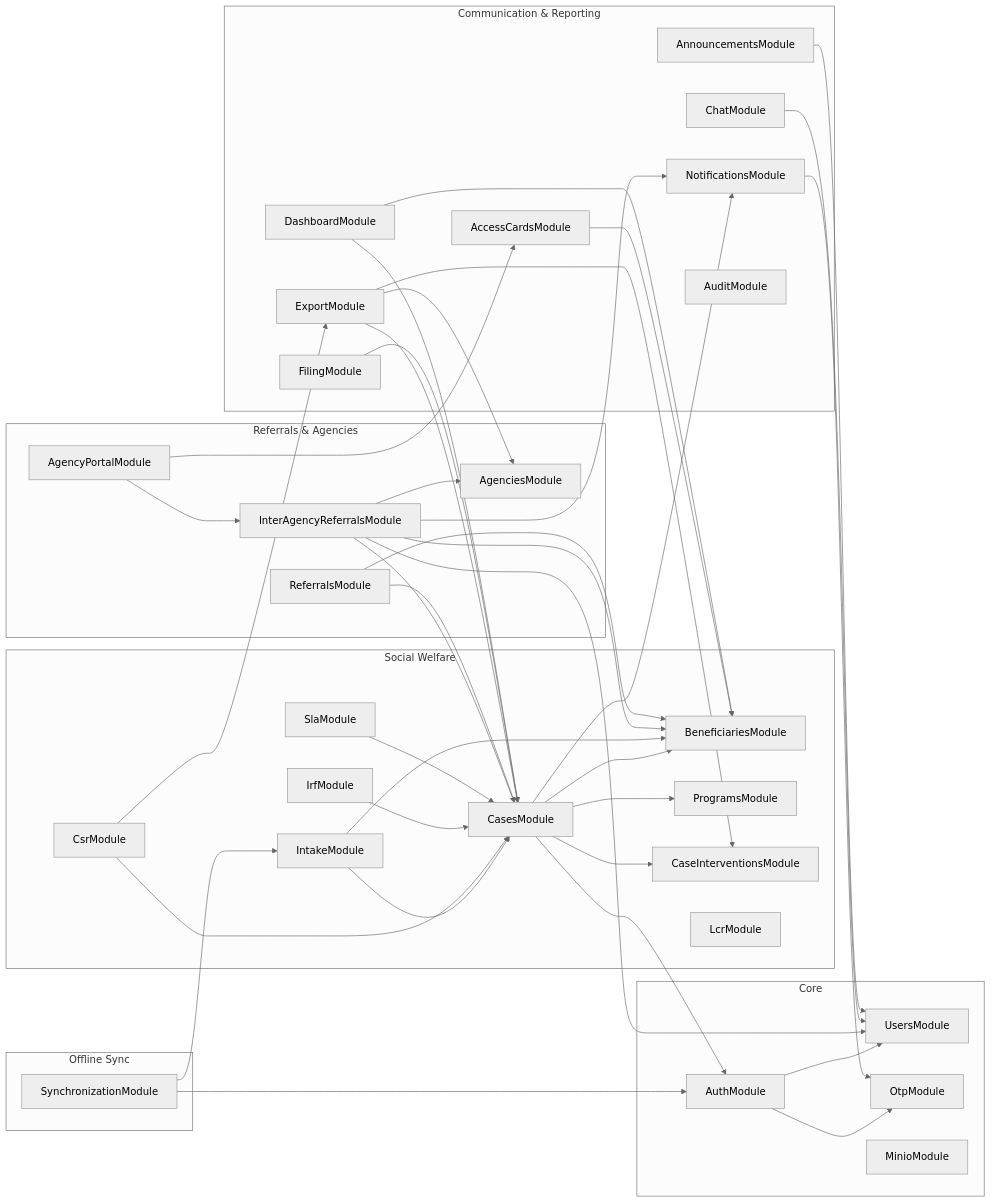
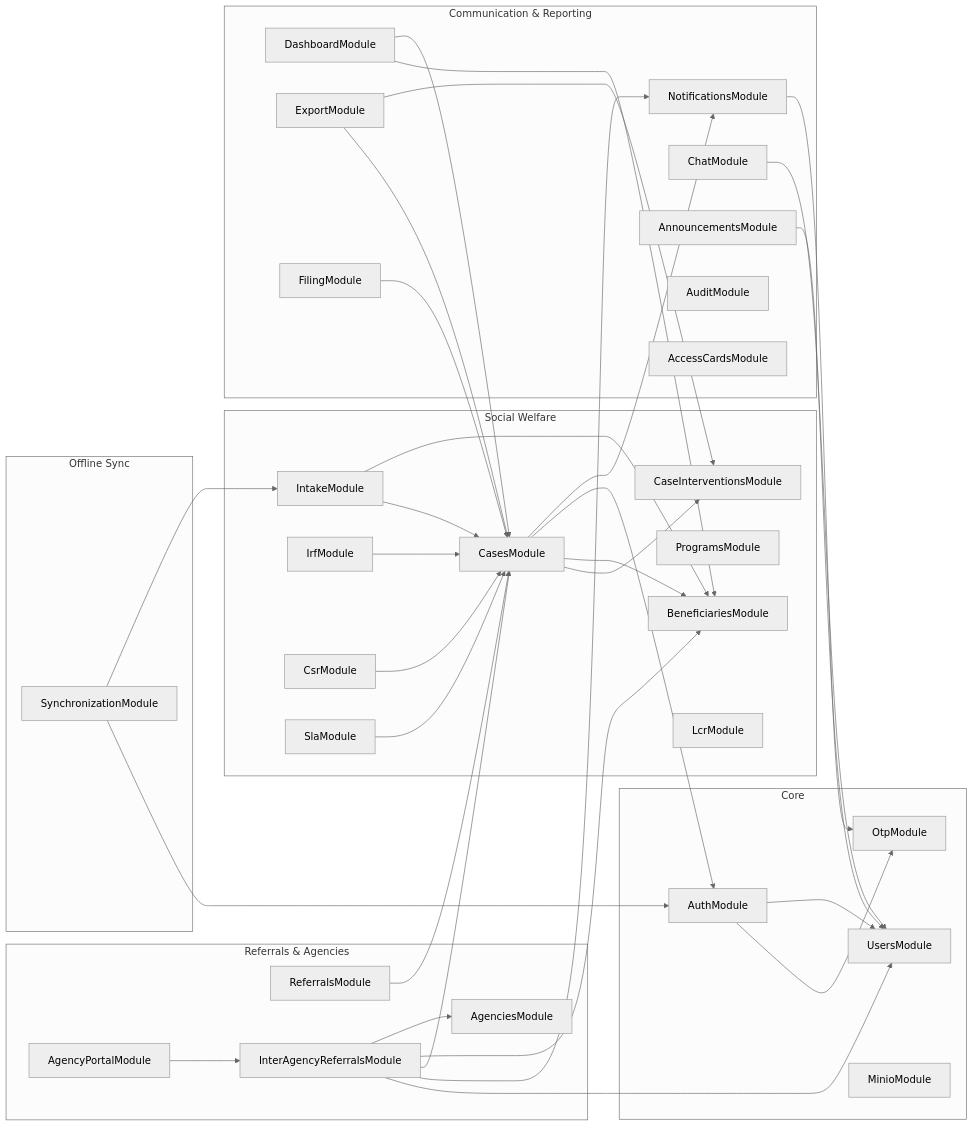
One commit to urlsalimbot/THESIS1-KAPWA changed the diagram in docs/diagrams/10-program-specification.md. Above: the diagram before and after it, drawn with Mermaid (neutral theme). The commit also changed other lines of this file and 3 other files, not shown here.

Commit message:
docs: fix ERD irf_cases block, dependency graph edges, and FR wording per final review

````diff
--- a/docs/diagrams/10-program-specification.md
+++ b/docs/diagrams/10-program-specification.md
@@ -511,74 +513,69 @@
 ```mermaid
 flowchart LR
     subgraph CORE["Core"]
         AUTH[AuthModule]
         USERS[UsersModule]
         OTP[OtpModule]
         MINIO[MinioModule]
     end
     subgraph WELFARE["Social Welfare"]
         BEN[BeneficiariesModule]
         CASES[CasesModule]
         PROG[ProgramsModule]
         INTK[IntakeModule]
         CI[CaseInterventionsModule]
         IRF[IrfModule]
         CSR[CsrModule]
         SLA[SlaModule]
         LCR[LcrModule]
     end
     subgraph REFERRAL["Referrals & Agencies"]
         REF[ReferralsModule]
         AGY[AgenciesModule]
         IAR[InterAgencyReferralsModule]
         AP[AgencyPortalModule]
     end
     subgraph COMMS["Communication & Reporting"]
         NOTIF[NotificationsModule]
         CHAT[ChatModule]
         ANN[AnnouncementsModule]
         DASH[DashboardModule]
         AUDIT[AuditModule]
         EXP[ExportModule]
         FIL[FilingModule]
         AC[AccessCardsModule]
     end
     subgraph SYNC["Offline Sync"]
         SYNCMOD[SynchronizationModule]
     end
 
+    %% Data/FK-level edges (entity/FK access, not module imports): AUTH->USERS, CASES->BEN, CASES->CI, INTK->BEN, IAR->AGY, IAR->BEN, IAR->USERS, REF->CASES, CSR->CASES, IRF->CASES, EXP->CI, EXP->CASES, FIL->CASES, CHAT->USERS, DASH->CASES, DASH->BEN, SLA->CASES, ANN->USERS
     AUTH --> USERS
     AUTH --> OTP
     CASES --> NOTIF
     CASES --> AUTH
     CASES --> BEN
-    CASES --> PROG
     CASES --> CI
     INTK --> BEN
     INTK --> CASES
     IAR --> AGY
     IAR --> BEN
     IAR --> CASES
     IAR --> NOTIF
     IAR --> USERS
     AP --> IAR
-    AP --> AC
-    AC --> BEN
     REF --> CASES
-    REF --> BEN
     CSR --> CASES
-    CSR --> EXP
     IRF --> CASES
     EXP --> CI
     EXP --> CASES
-    EXP --> AGY
     FIL --> CASES
     NOTIF --> OTP
     CHAT --> USERS
     DASH --> CASES
     DASH --> BEN
     SLA --> CASES
     SYNCMOD --> INTK
     SYNCMOD --> AUTH
     ANN --> USERS
 ```
````
